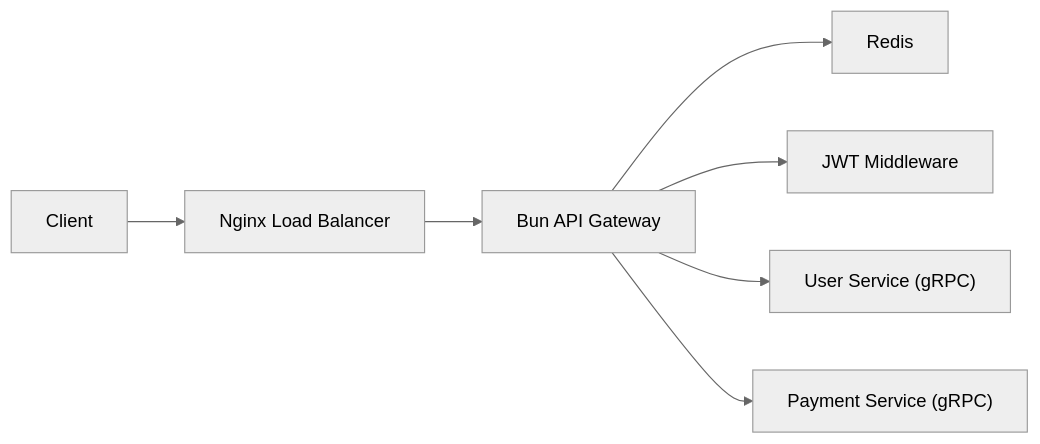
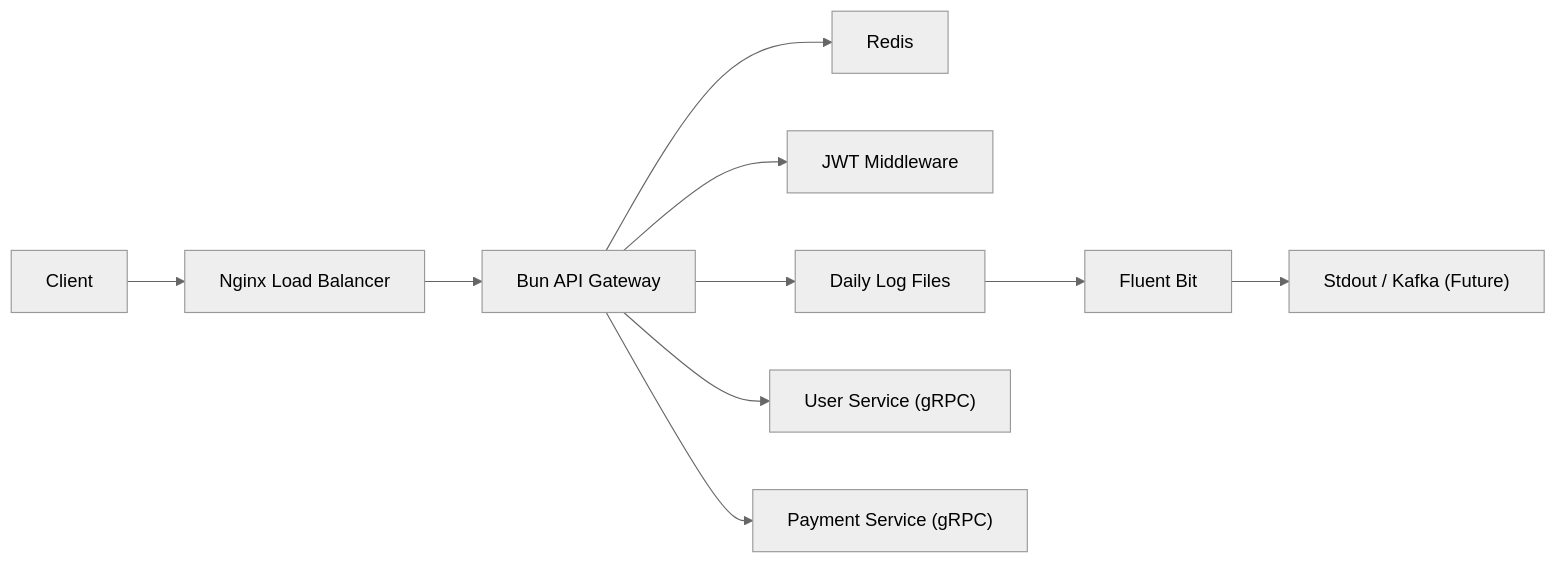
One commit to Sourabh9123/APIGateWay changed the diagram in README.md. Above: the diagram before and after it, drawn with Mermaid (neutral theme). The commit also changed other lines of this file, not shown here.

Commit message:
docs: Update README for logging and fluent-bit integration

````diff
--- a/README.md
+++ b/README.md
@@ -20,9 +21,12 @@
 ```mermaid
 graph LR
     User[Client] --> Nginx["Nginx Load Balancer"]
     Nginx --> Bun["Bun API Gateway"]
     Bun --> Redis[Redis]
     Bun --> Auth["JWT Middleware"]
+    Bun --> LogFile["Daily Log Files"]
+    LogFile --> FluentBit["Fluent Bit"]
+    FluentBit --> Output["Stdout / Kafka (Future)"]
     Bun --> ServiceA["User Service (gRPC)"]
     Bun --> ServiceB["Payment Service (gRPC)"]
 ```
````
